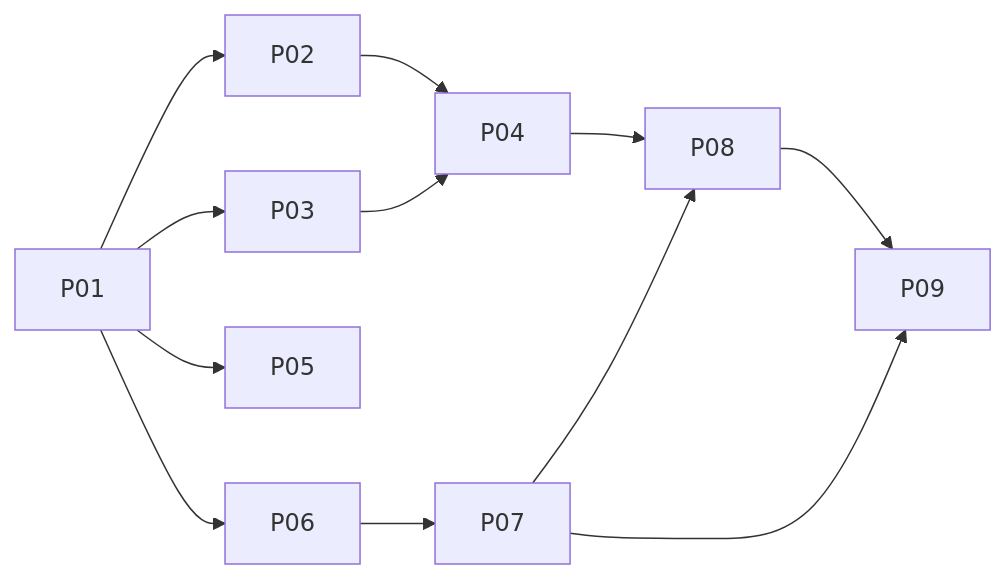
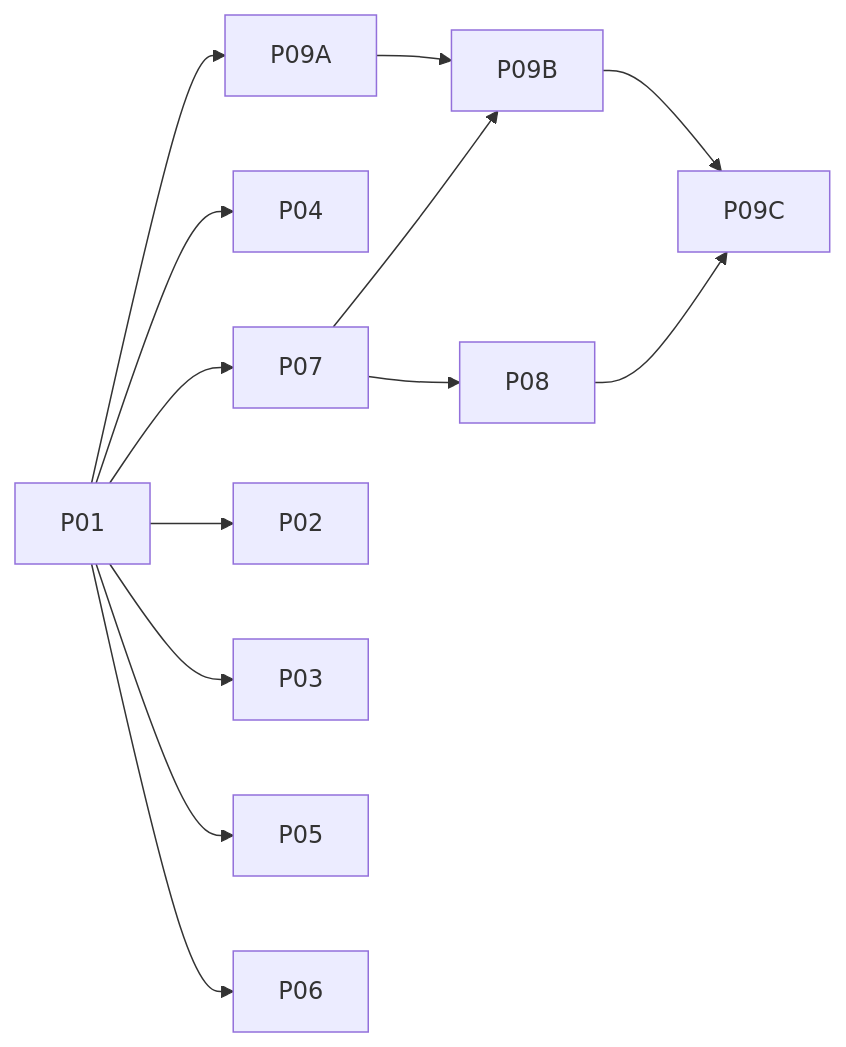
The diagram in .agents/261030-1945-ginux-lessons-hardening/plan.md (dxsl-org/cellos), drawn with Mermaid before and after one commit. The commit also changed other lines of this file and 66 other files, not shown here.

````diff
--- a/.agents/261030-1945-ginux-lessons-hardening/plan.md
+++ b/.agents/261030-1945-ginux-lessons-hardening/plan.md
@@ -34,8 +47,11 @@
 ```mermaid
 flowchart LR
-  P01 --> P02 --> P04
-  P01 --> P03 --> P04 --> P08 --> P09
+  P01 --> P09A --> P09B --> P09C
+  P01 --> P04
+  P01 --> P07 --> P08 --> P09C
+  P07 --> P09B
+  P01 --> P02
+  P01 --> P03
   P01 --> P05
-  P01 --> P06 --> P07 --> P08
-  P07 --> P09
+  P01 --> P06
 ```
````
